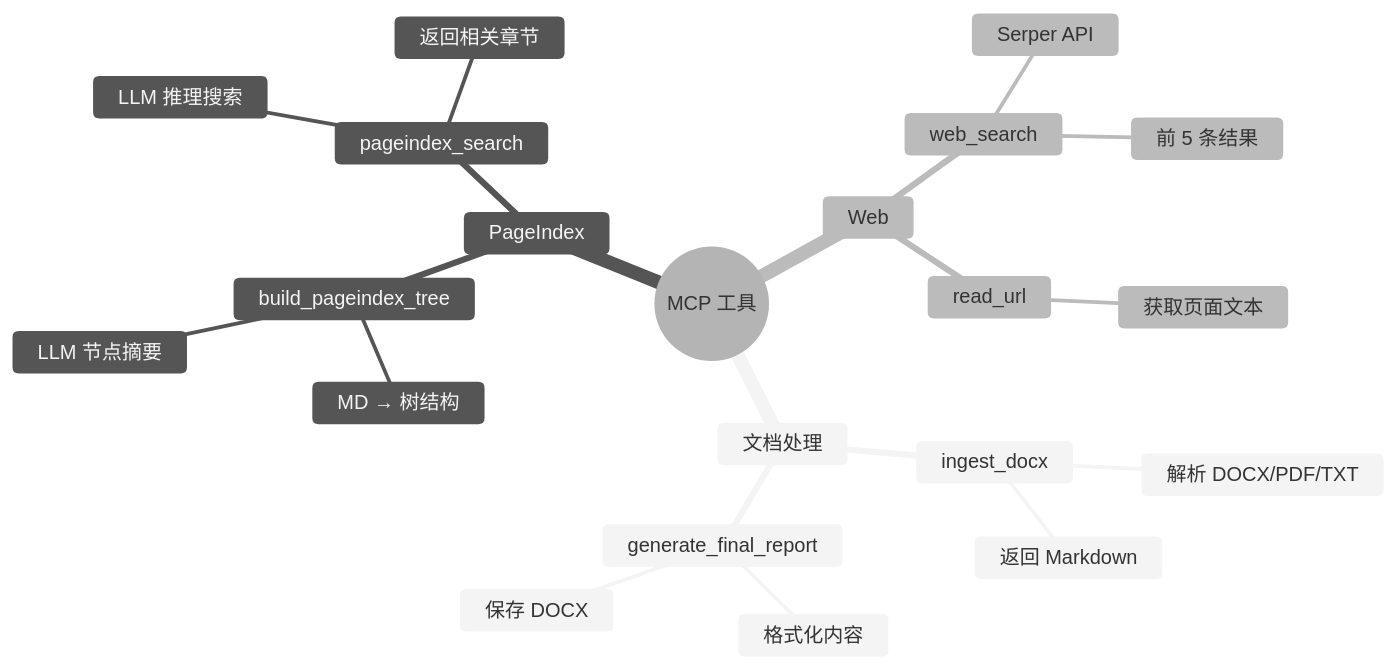
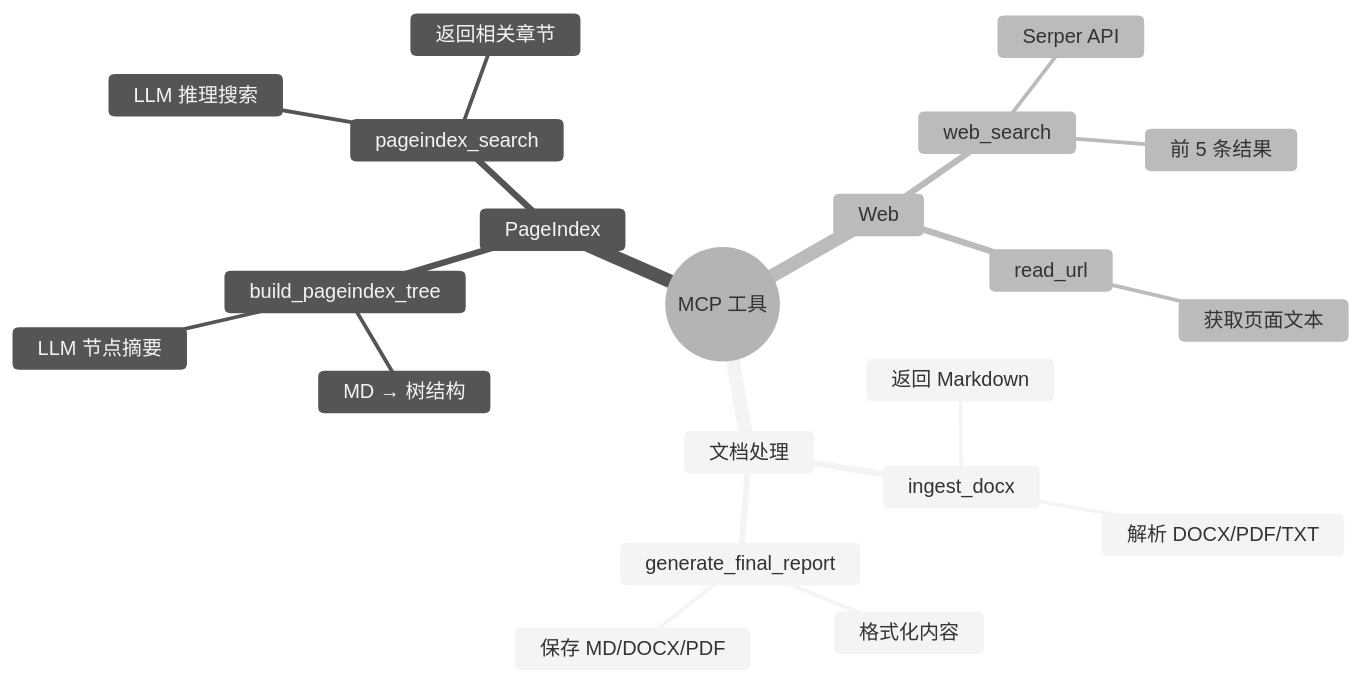
One commit to HoeTee/contract_agent changed the fourth of 6 diagrams in project_intro/ARCHITECTURE.md. Above: the diagram before and after it, drawn with Mermaid (neutral theme). The commit also changed other lines of this file and 38 other files, not shown here.

````diff
--- a/project_intro/ARCHITECTURE.md
+++ b/project_intro/ARCHITECTURE.md
@@ -183,24 +209,24 @@
 ```mermaid
 mindmap
   root((MCP 工具))
     文档处理
       ingest_docx
         解析 DOCX/PDF/TXT
         返回 Markdown
       generate_final_report
         格式化内容
-        保存 DOCX
+        保存 MD/DOCX/PDF
     PageIndex
       build_pageindex_tree
         MD → 树结构
         LLM 节点摘要
       pageindex_search
         LLM 推理搜索
         返回相关章节
     Web
       web_search
         Serper API
         前 5 条结果
       read_url
         获取页面文本
 ```
````
